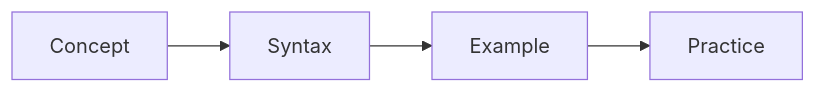
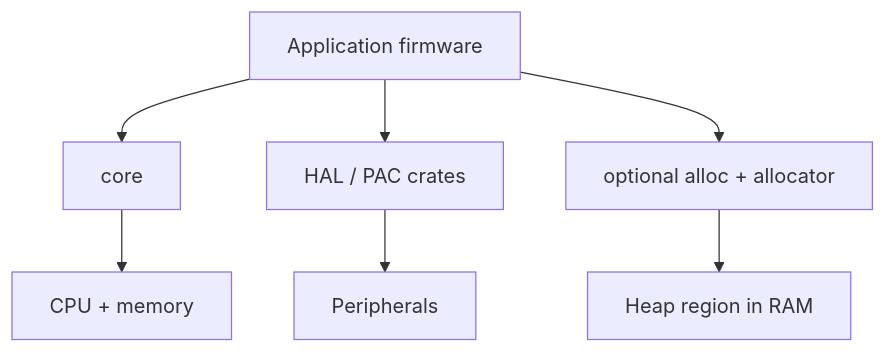
One commit to kanthi/books changed the diagram in books/Rust/content/08-embedded-iot/01-no-std-fundamentals.md. Above: the diagram before and after it, drawn with Mermaid. The commit also changed other lines of this file and 447 other files, not shown here.

````diff
--- a/books/Rust/content/08-embedded-iot/01-no-std-fundamentals.md
+++ b/books/Rust/content/08-embedded-iot/01-no-std-fundamentals.md
@@ -11,6 +29,10 @@
 ```mermaid
-flowchart LR
-    A[Concept] --> B[Syntax]
-    B --> C[Example]
-    C --> D[Practice]
+flowchart TB
+    App[Application firmware]
+    App --> Core[core]
+    App --> HAL[HAL / PAC crates]
+    App --> Alloc[optional alloc + allocator]
+    Core --> CPU[CPU + memory]
+    HAL --> Periph[Peripherals]
+    Alloc --> Heap[Heap region in RAM]
 ```
````
